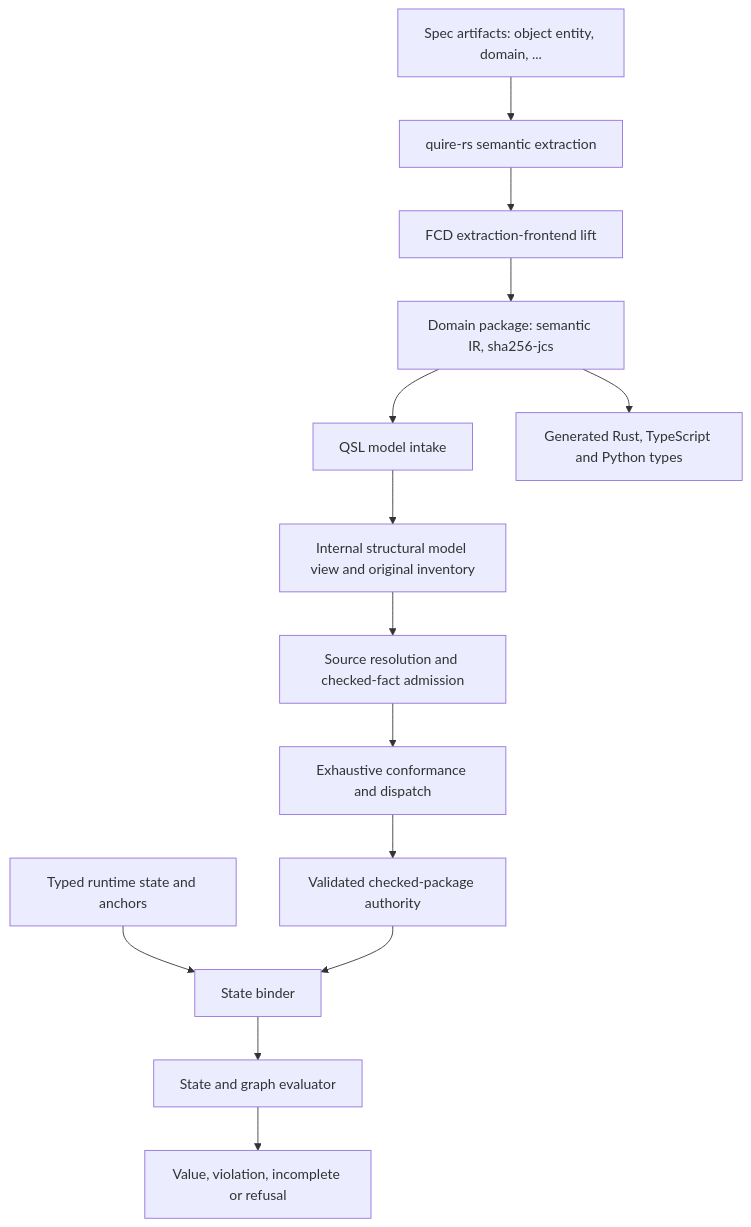
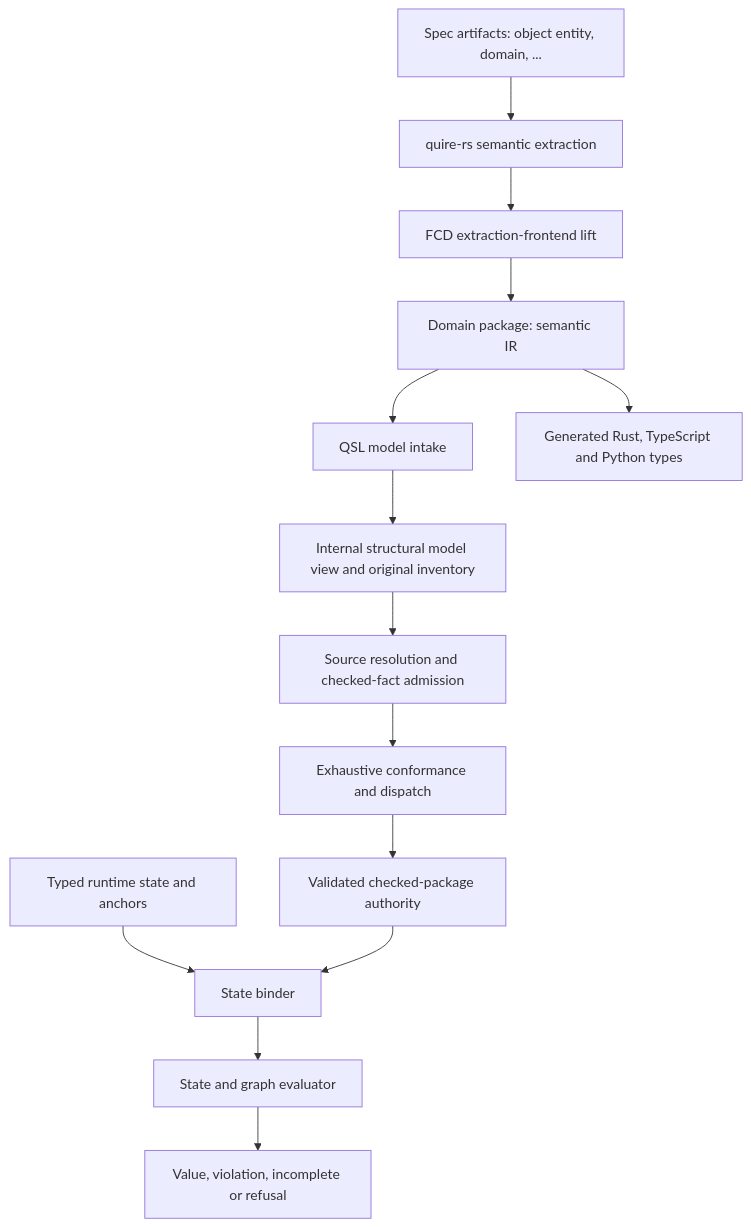
Before and after one commit to agent-ix/quire-specification: the diagram in spec/assurance/AD-006-model-graph-state-contracts.md, drawn with Mermaid. The commit also changed other lines of this file and 30 other files, not shown here.

````diff
--- a/spec/assurance/AD-006-model-graph-state-contracts.md
+++ b/spec/assurance/AD-006-model-graph-state-contracts.md
@@ -64,16 +64,16 @@
 ```mermaid
 flowchart TD
   A[Spec artifacts: object entity, domain, ...] --> X[quire-rs semantic extraction]
   X --> L[FCD extraction-frontend lift]
-  L --> D[Domain package: semantic IR, sha256-jcs]
+  L --> D[Domain package: semantic IR]
   D --> I[QSL model intake]
   I --> M[Internal structural model view and original inventory]
   M --> CF[Source resolution and checked-fact admission]
   CF --> CV[Exhaustive conformance and dispatch]
   CV --> V[Validated checked-package authority]
   S[Typed runtime state and anchors] --> B[State binder]
   V --> B
   B --> E[State and graph evaluator]
   E --> R[Value, violation, incomplete or refusal]
   D --> G[Generated Rust, TypeScript and Python types]
 ```
````
